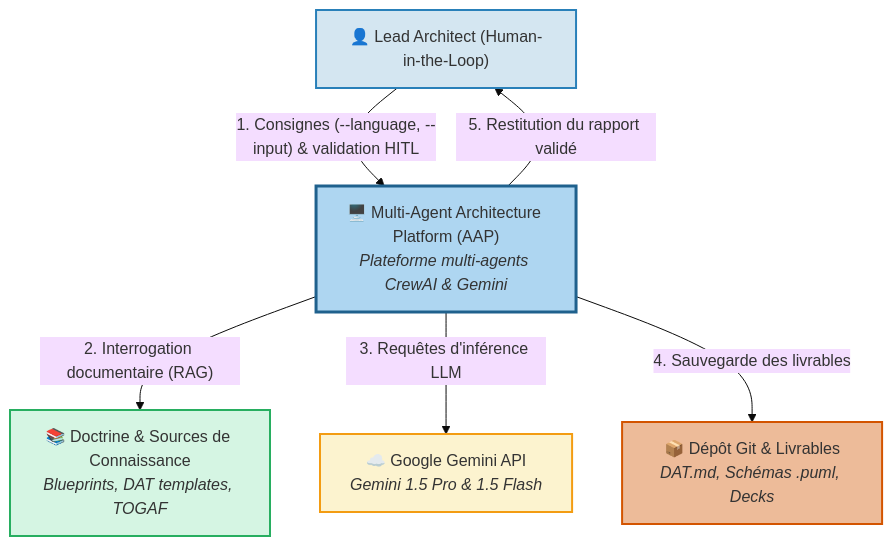
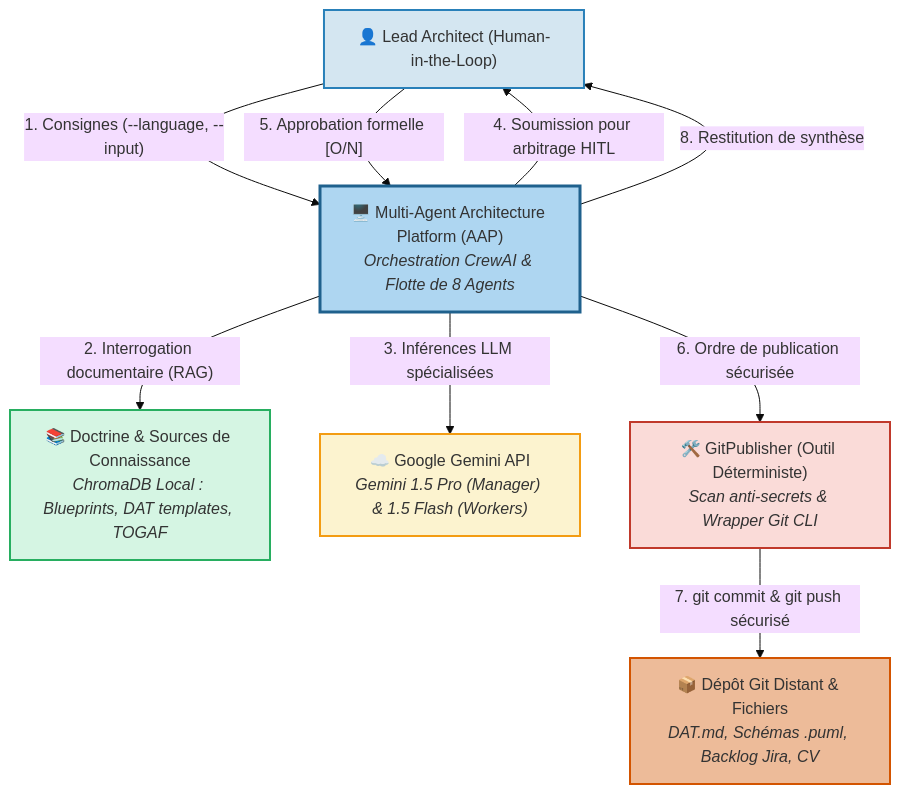
The first of 3 diagrams in docs/dossier-architecture-visuelle.md (widadsaghir/my-agentic-architecture), drawn with Mermaid (base theme) before and after one commit. The commit also changed other lines of this file and 7 other files, not shown here.

Commit message:
docs(architecture): harmonize TO-BE TOGAF, visual C4, sequence diagrams and fleet definition

````diff
--- a/docs/dossier-architecture-visuelle.md
+++ b/docs/dossier-architecture-visuelle.md
@@ -90,20 +95,25 @@
 ```mermaid
 flowchart TD
     User["👤 Lead Architect (Human-in-the-Loop)"]
-    AAP["🖥️ Multi-Agent Architecture Platform (AAP)<br/><i>Plateforme multi-agents CrewAI & Gemini</i>"]
-    Knowledge["📚 Doctrine & Sources de Connaissance<br/><i>Blueprints, DAT templates, TOGAF</i>"]
-    GeminiAPI["☁️ Google Gemini API<br/><i>Gemini 1.5 Pro & 1.5 Flash</i>"]
-    GitRepo["📦 Dépôt Git & Livrables<br/><i>DAT.md, Schémas .puml, Decks</i>"]
+    AAP["🖥️ Multi-Agent Architecture Platform (AAP)<br/><i>Orchestration CrewAI & Flotte de 8 Agents</i>"]
+    Knowledge["📚 Doctrine & Sources de Connaissance<br/><i>ChromaDB Local : Blueprints, DAT templates, TOGAF</i>"]
+    GeminiAPI["☁️ Google Gemini API<br/><i>Gemini 1.5 Pro (Manager) & 1.5 Flash (Workers)</i>"]
+    GitPublisherTool["🛠️ GitPublisher (Outil Déterministe)<br/><i>Scan anti-secrets & Wrapper Git CLI</i>"]
+    GitRepo["📦 Dépôt Git Distant & Fichiers<br/><i>DAT.md, Schémas .puml, Backlog Jira, CV</i>"]
 
-    User -->|"1. Consignes (--language, --input) & validation HITL"| AAP
+    User -->|"1. Consignes (--language, --input)"| AAP
     AAP -->|"2. Interrogation documentaire (RAG)"| Knowledge
-    AAP -->|"3. Requêtes d'inférence LLM"| GeminiAPI
-    AAP -->|"4. Sauvegarde des livrables"| GitRepo
-    AAP -->|"5. Restitution du rapport validé"| User
+    AAP -->|"3. Inférences LLM spécialisées"| GeminiAPI
+    AAP -->|"4. Soumission pour arbitrage HITL"| User
+    User -->|"5. Approbation formelle [O/N]"| AAP
+    AAP -->|"6. Ordre de publication sécurisée"| GitPublisherTool
+    GitPublisherTool -->|"7. git commit & git push sécurisé"| GitRepo
+    AAP -->|"8. Restitution de synthèse"| User
 
     style User fill:#D4E6F1,stroke:#2980B9,stroke-width:2px
     style AAP fill:#AED6F1,stroke:#1F618D,stroke-width:3px
     style Knowledge fill:#D5F5E3,stroke:#27AE60,stroke-width:2px
     style GeminiAPI fill:#FCF3CF,stroke:#F39C12,stroke-width:2px
+    style GitPublisherTool fill:#FADBD8,stroke:#C0392B,stroke-width:2px
     style GitRepo fill:#EDBB99,stroke:#D35400,stroke-width:2px
 ```
````
